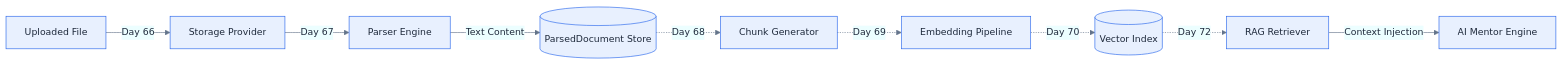
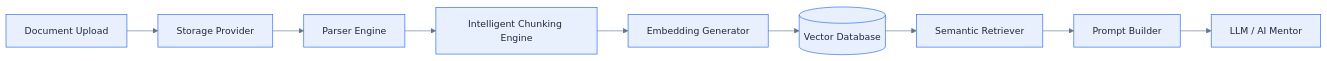
Before and after one commit to joshi-chinmay-016/SkillSwap: the second of 7 diagrams in README.md, drawn with Mermaid. The commit also changed other lines of this file and 15 other files, not shown here.

Commit message:
feat(rag) : implement complete chunking pipeline

````diff
--- a/README.md
+++ b/README.md
@@ -138,23 +150,23 @@
 ```mermaid
 %%{init: {
 "theme":"base",
 "themeVariables":{
 "primaryColor":"#E8F0FE",
 "primaryBorderColor":"#2563EB",
 "primaryTextColor":"#1E293B",
 "secondaryColor":"#ECFEFF",
 "tertiaryColor":"#F8FAFC",
 "lineColor":"#64748B",
 "fontSize":"15px"
 }
 }}%%
 flowchart LR
-    Upload[Uploaded File] -->|Day 66| Store[Storage Provider]
-    Store -->|Day 67| Parse[Parser Engine]
-    Parse -->|Text Content| DB[(ParsedDocument Store)]
-    DB -.->|Day 68| Chunk[Chunk Generator]
-    Chunk -.->|Day 69| Embed[Embedding Pipeline]
-    Embed -.->|Day 70| Vector[(Vector Index)]
-    Vector -.->|Day 72| RAG[RAG Retriever]
-    RAG -->|Context Injection| AIMentor[AI Mentor Engine]
+    Upload[Document Upload] --> Store[Storage Provider]
+    Store --> Parse[Parser Engine]
+    Parse --> Chunk[Intelligent Chunking Engine]
+    Chunk --> Embed[Embedding Generator]
+    Embed --> Vector[(Vector Database)]
+    Vector --> Retrieve[Semantic Retriever]
+    Retrieve --> Prompt[Prompt Builder]
+    Prompt --> LLM[LLM / AI Mentor]
 ```
````
